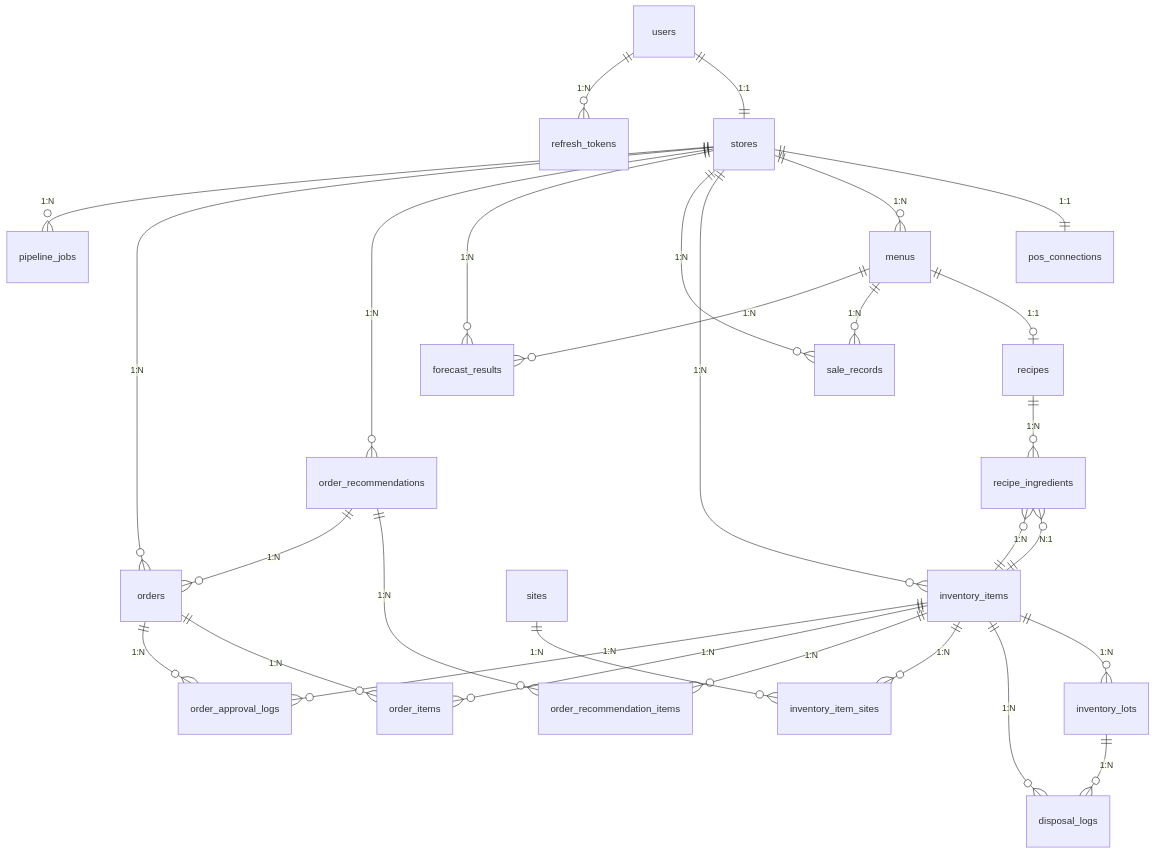
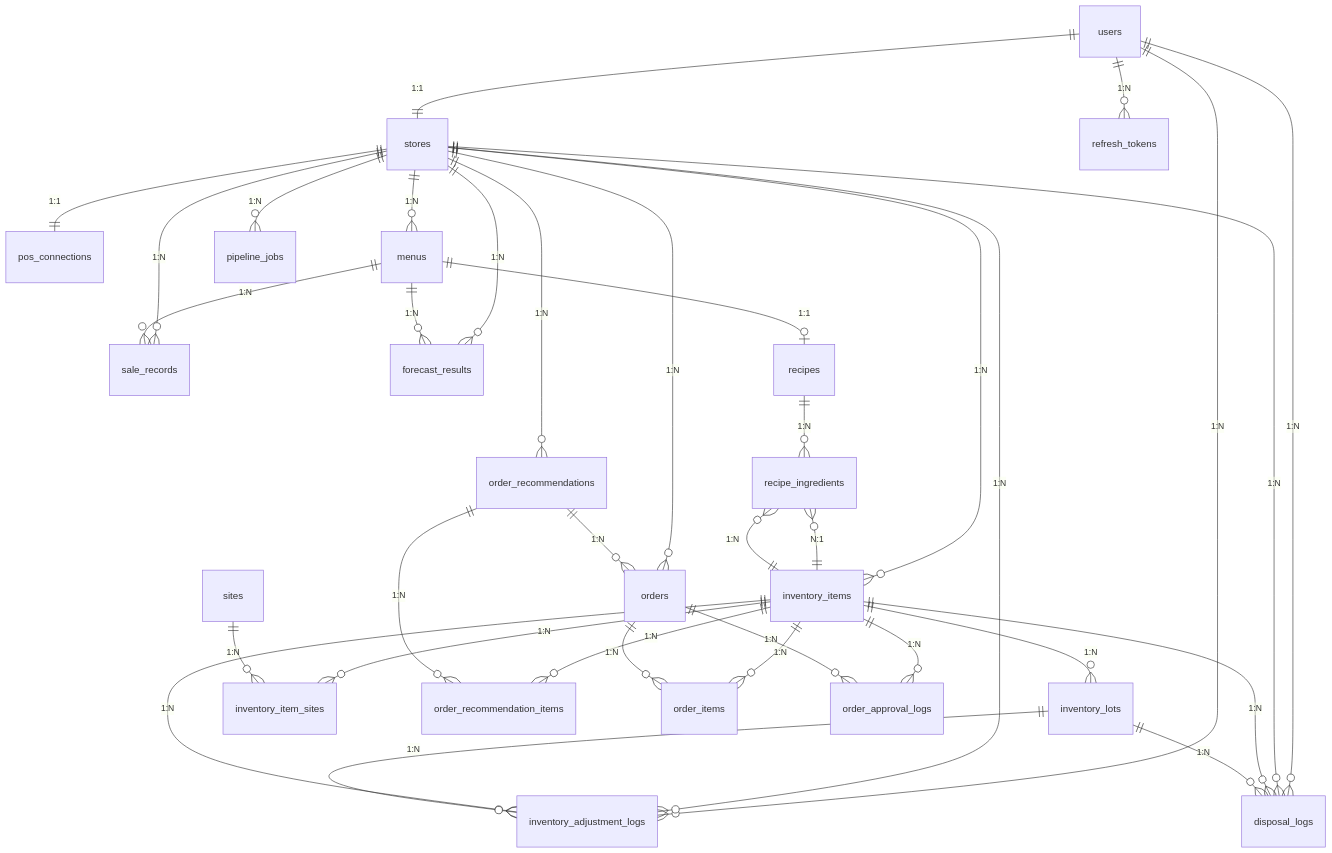
The diagram in docs/04_database/erd.md (h-taek/CapstoneDesign_Sajura), drawn with Mermaid before and after one commit. The commit also changed other lines of this file and 11 other files, not shown here.

Commit message:
feat: update database schema, project docs, and add AI handoff and consistency check tools

````diff
--- a/docs/04_database/erd.md
+++ b/docs/04_database/erd.md
@@ -22,31 +22,37 @@
 ```mermaid
 erDiagram
     users ||--|| stores : "1:1"
     users ||--o{ refresh_tokens : "1:N"
+    users ||--o{ inventory_adjustment_logs : "1:N"
+    users ||--o{ disposal_logs : "1:N"
     stores ||--|| pos_connections : "1:1"
     stores ||--o{ menus : "1:N"
     stores ||--o{ inventory_items : "1:N"
+    stores ||--o{ inventory_adjustment_logs : "1:N"
+    stores ||--o{ disposal_logs : "1:N"
     stores ||--o{ sale_records : "1:N"
     stores ||--o{ forecast_results : "1:N"
     stores ||--o{ order_recommendations : "1:N"
     stores ||--o{ orders : "1:N"
     stores ||--o{ pipeline_jobs : "1:N"
     menus ||--o| recipes : "1:1"
     menus ||--o{ sale_records : "1:N"
     menus ||--o{ forecast_results : "1:N"
     recipes ||--o{ recipe_ingredients : "1:N"
     recipe_ingredients }o--|| inventory_items : "N:1"
     inventory_items ||--o{ inventory_lots : "1:N"
+    inventory_items ||--o{ inventory_adjustment_logs : "1:N"
     inventory_items ||--o{ disposal_logs : "1:N"
     inventory_items ||--o{ inventory_item_sites : "1:N"
     inventory_items ||--o{ recipe_ingredients : "1:N"
     inventory_items ||--o{ order_recommendation_items : "1:N"
     inventory_items ||--o{ order_items : "1:N"
     inventory_items ||--o{ order_approval_logs : "1:N"
     inventory_lots ||--o{ disposal_logs : "1:N"
+    inventory_lots ||--o{ inventory_adjustment_logs : "1:N"
     sites ||--o{ inventory_item_sites : "1:N"
     order_recommendations ||--o{ order_recommendation_items : "1:N"
     order_recommendations ||--o{ orders : "1:N"
     orders ||--o{ order_items : "1:N"
     orders ||--o{ order_approval_logs : "1:N"
 ```
````
